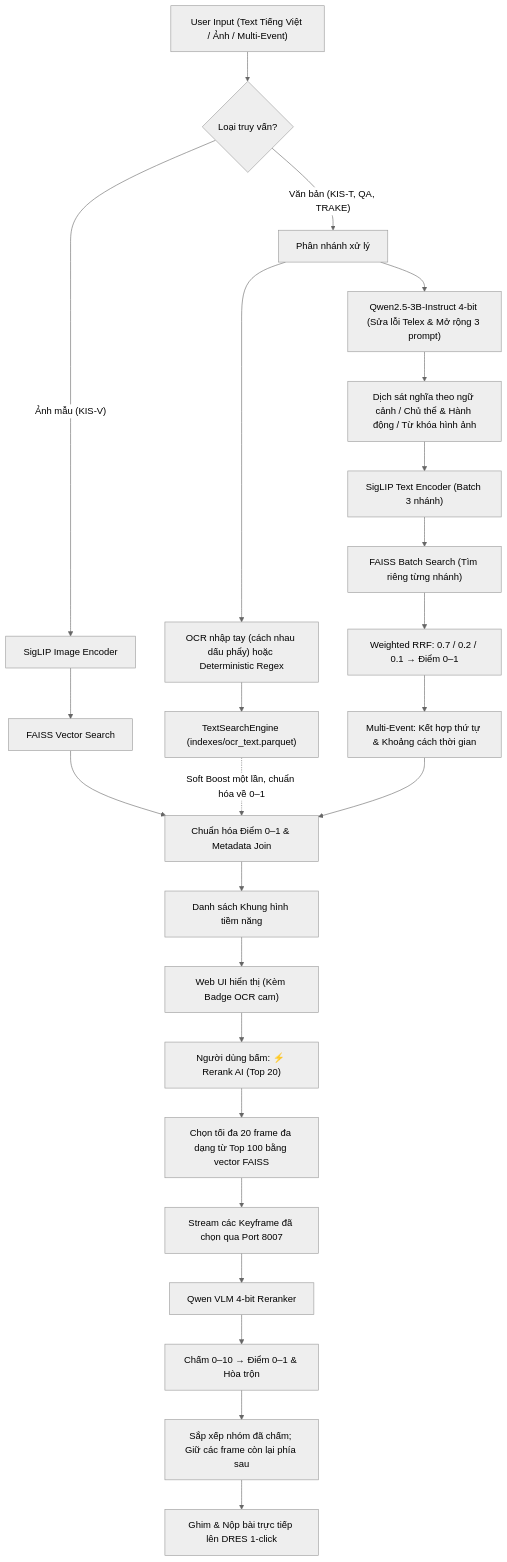
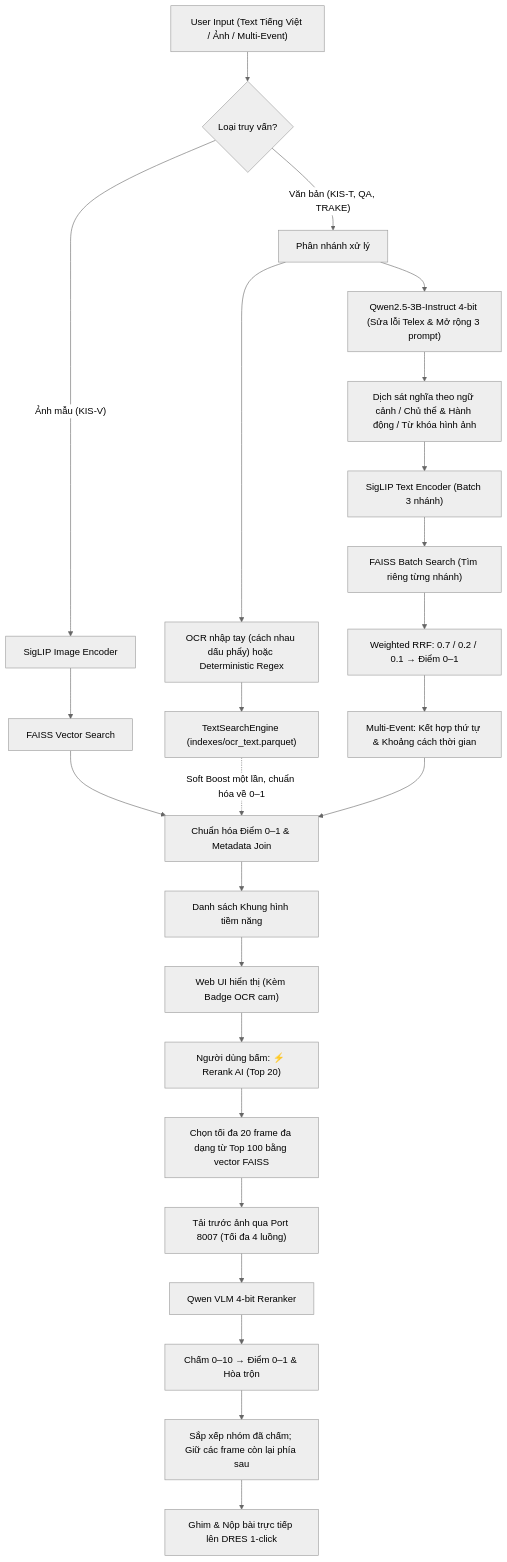
One commit to Minhthien2103/AIC-HCMC-26 changed the second of 2 diagrams in README.md. Above: the diagram before and after it, drawn with Mermaid (neutral theme). The commit also changed other lines of this file and 6 other files, not shown here.

````diff
--- a/README.md
+++ b/README.md
@@ -87,35 +87,35 @@
 ```mermaid
 flowchart TD
     UserQuery["User Input (Text Tiếng Việt / Ảnh / Multi-Event)"] --> QueryRouter{"Loại truy vấn?"}
     
     QueryRouter -- "Ảnh mẫu (KIS-V)" --> ImageEncoder["SigLIP Image Encoder"]
     ImageEncoder --> FAISSSearch["FAISS Vector Search"]
     
     QueryRouter -- "Văn bản (KIS-T, QA, TRAKE)" --> ParallelStep["Phân nhánh xử lý"]
     
     ParallelStep --> OCRBranch["OCR nhập tay (cách nhau dấu phẩy) hoặc Deterministic Regex"]
     OCRBranch --> OCRSearch["TextSearchEngine (indexes/ocr_text.parquet)"]
     
     ParallelStep --> SLMBranch["Qwen2.5-3B-Instruct 4-bit (Sửa lỗi Telex & Mở rộng 3 prompt)"]
     SLMBranch --> QueryVariants["Dịch sát nghĩa theo ngữ cảnh / Chủ thể & Hành động / Từ khóa hình ảnh"]
     QueryVariants --> SigLIPText["SigLIP Text Encoder (Batch 3 nhánh)"]
     SigLIPText --> TextSearch["FAISS Batch Search (Tìm riêng từng nhánh)"]
     TextSearch --> RRF["Weighted RRF: 0.7 / 0.2 / 0.1 → Điểm 0–1"]
     RRF --> Temporal["Multi-Event: Kết hợp thứ tự & Khoảng cách thời gian"]
     Temporal --> ScoreFusion
     
     FAISSSearch --> ScoreFusion["Chuẩn hóa Điểm 0–1 & Metadata Join"]
     OCRSearch -.->|"Soft Boost một lần, chuẩn hóa về 0–1"| ScoreFusion
     
     ScoreFusion --> CandidateList["Danh sách Khung hình tiềm năng"]
     CandidateList --> WebUI["Web UI hiển thị (Kèm Badge OCR cam)"]
     
     WebUI --> VLMRerankBtn["Người dùng bấm: ⚡ Rerank AI (Top 20)"]
     VLMRerankBtn --> DiverseFrames["Chọn tối đa 20 frame đa dạng từ Top 100 bằng vector FAISS"]
-    DiverseFrames --> StreamImg["Stream các Keyframe đã chọn qua Port 8007"]
+    DiverseFrames --> StreamImg["Tải trước ảnh qua Port 8007 (Tối đa 4 luồng)"]
     StreamImg --> VLMModel["Qwen VLM 4-bit Reranker"]
     VLMModel --> VLMScore["Chấm 0–10 → Điểm 0–1 & Hòa trộn"]
     VLMScore --> FinalTop["Sắp xếp nhóm đã chấm; Giữ các frame còn lại phía sau"]
     
     FinalTop --> DRESSubmit["Ghim & Nộp bài trực tiếp lên DRES 1-click"]
 ```
````
